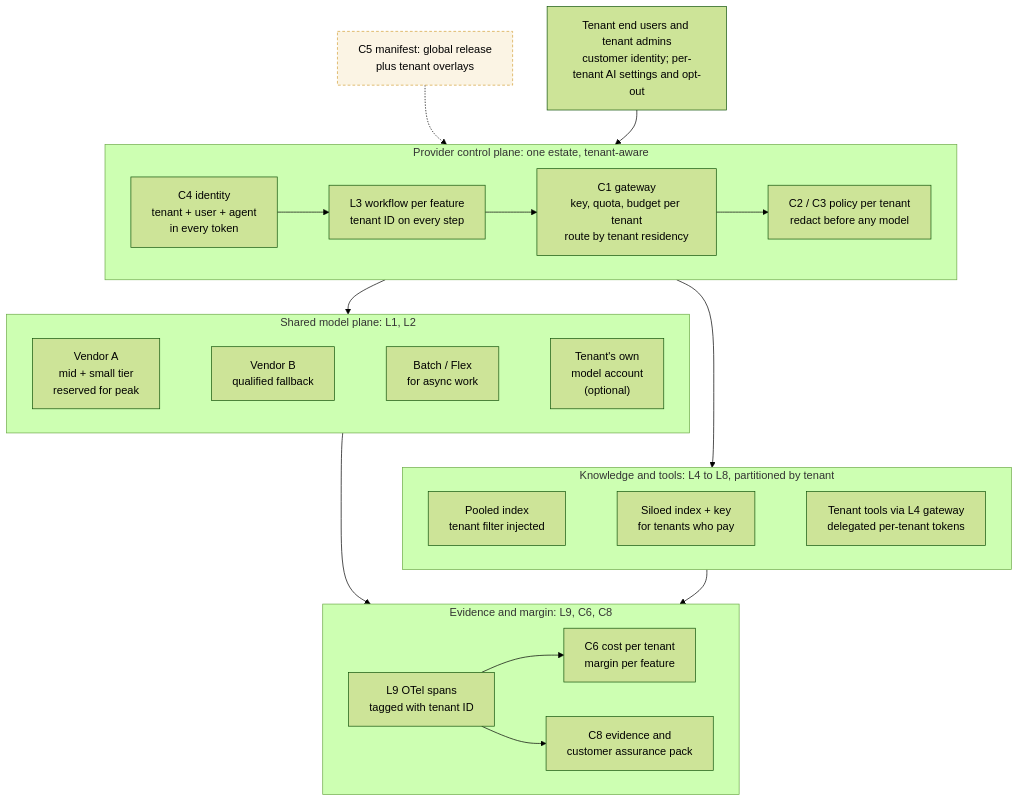
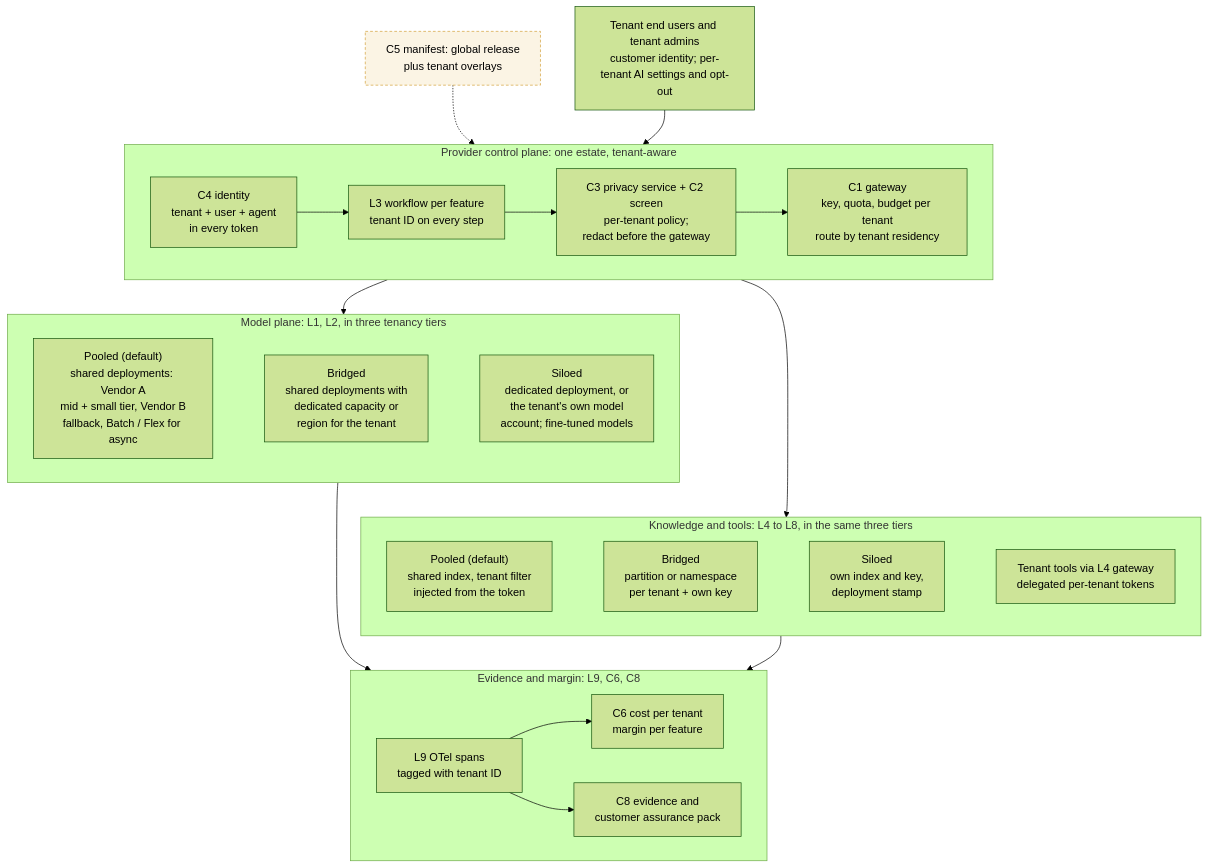
Before and after one commit to gitzerobegin/genai_stack: the diagram in Enterprise_GenAI_Stack_Oct2026/08_Graphic/diagrams/TS-1.md, drawn with Mermaid (forest theme). The commit also changed other lines of this file and 15 other files, not shown here.

First line of the commit message:
View figures: AG-1 re-laid out top-to-bottom, SU-1 crossings removed, TS-1 three tenancy tiers and privacy before gateway, SW-1 bundled route and marking order match the text; Gemma 4 notation (S, cond.) across views

````diff
--- a/Enterprise_GenAI_Stack_Oct2026/08_Graphic/diagrams/TS-1.md
+++ b/Enterprise_GenAI_Stack_Oct2026/08_Graphic/diagrams/TS-1.md
@@ -4,44 +4,44 @@
 ```mermaid
 flowchart TD
   classDef note fill:#FBF4E4,stroke:#D4A13A,stroke-dasharray:4 3;
   T["Tenant end users and tenant admins<br/>customer identity; per-tenant AI settings and opt-out"]
   subgraph CP["Provider control plane: one estate, tenant-aware"]
     direction LR
     ID["C4 identity<br/>tenant + user + agent<br/>in every token"]
     APP["L3 workflow per feature<br/>tenant ID on every step"]
+    PG["C3 privacy service + C2 screen<br/>per-tenant policy;<br/>redact before the gateway"]
     GW["C1 gateway<br/>key, quota, budget per tenant<br/>route by tenant residency"]
-    PG["C2 / C3 policy per tenant<br/>redact before any model"]
-    ID --> APP --> GW --> PG
+    ID --> APP --> PG --> GW
   end
   CFG["C5 manifest: global release<br/>plus tenant overlays"]:::note
   CFG -.-> CP
   T --> CP
-  subgraph MP["Shared model plane: L1, L2"]
+  subgraph MP["Model plane: L1, L2, in three tenancy tiers"]
     direction LR
-    M1["Vendor A<br/>mid + small tier<br/>reserved for peak"]
-    M2["Vendor B<br/>qualified fallback"]
-    M3["Batch / Flex<br/>for async work"]
-    BYO["Tenant's own<br/>model account<br/>(optional)"]
-    M1 ~~~ M2 ~~~ M3 ~~~ BYO
+    M1["Pooled (default)<br/>shared deployments: Vendor A<br/>mid + small tier, Vendor B<br/>fallback, Batch / Flex for async"]
+    M2["Bridged<br/>shared deployments with<br/>dedicated capacity or<br/>region for the tenant"]
+    M3["Siloed<br/>dedicated deployment, or<br/>the tenant's own model<br/>account; fine-tuned models"]
+    M1 ~~~ M2 ~~~ M3
   end
-  subgraph KP["Knowledge and tools: L4 to L8, partitioned by tenant"]
+  subgraph KP["Knowledge and tools: L4 to L8, in the same three tiers"]
     direction LR
-    K1["Pooled index<br/>tenant filter injected"]
-    K2["Siloed index + key<br/>for tenants who pay"]
+    K1["Pooled (default)<br/>shared index, tenant filter<br/>injected from the token"]
+    K2["Bridged<br/>partition or namespace<br/>per tenant + own key"]
+    K3["Siloed<br/>own index and key,<br/>deployment stamp"]
     TL["Tenant tools via L4 gateway<br/>delegated per-tenant tokens"]
-    K1 ~~~ K2 ~~~ TL
+    K1 ~~~ K2 ~~~ K3 ~~~ TL
   end
   CP --> MP
   MP ~~~ KP
   CP --> KP
   subgraph EV["Evidence and margin: L9, C6, C8"]
     direction LR
     OT["L9 OTel spans<br/>tagged with tenant ID"]
     FIN["C6 cost per tenant<br/>margin per feature"]
     ASR["C8 evidence and<br/>customer assurance pack"]
     OT --> FIN
     OT --> ASR
   end
   MP --> EV
   KP --> EV
 ```
````
